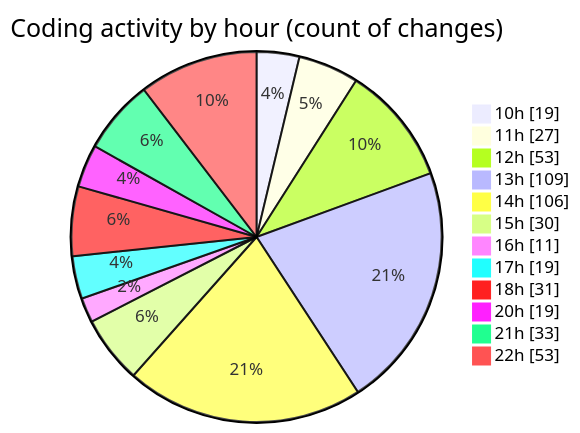
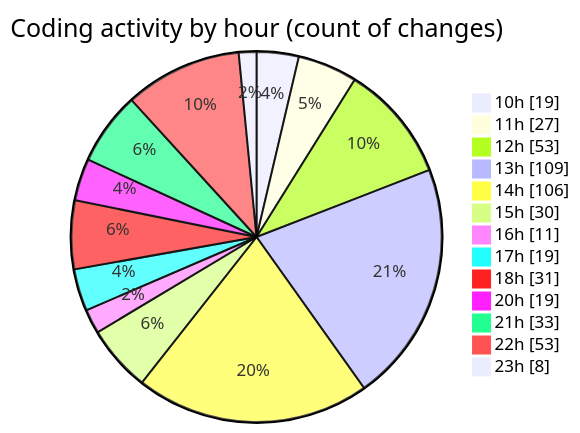
One commit to momahboobian/code-tracking changed the second of 2 diagrams in 2025-03-18/cda/README.md. Above: the diagram before and after it, drawn with Mermaid. The commit also changed other lines of this file and 1 other file, not shown here.

````diff
--- a/2025-03-18/cda/README.md
+++ b/2025-03-18/cda/README.md
@@ -46,16 +46,17 @@
 ```mermaid
 pie showData
 title Coding activity by hour (count of changes)
 "10h" : 19
 "11h" : 27
 "12h" : 53
 "13h" : 109
 "14h" : 106
 "15h" : 30
 "16h" : 11
 "17h" : 19
 "18h" : 31
 "20h" : 19
 "21h" : 33
 "22h" : 53
+"23h" : 8
 ```
````
